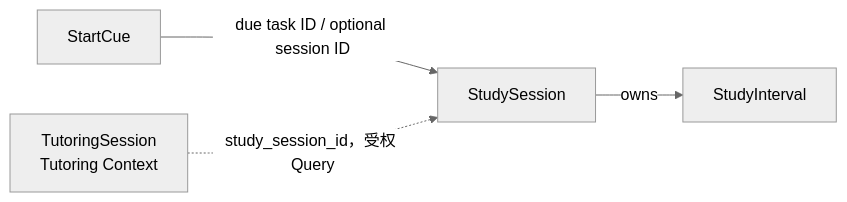
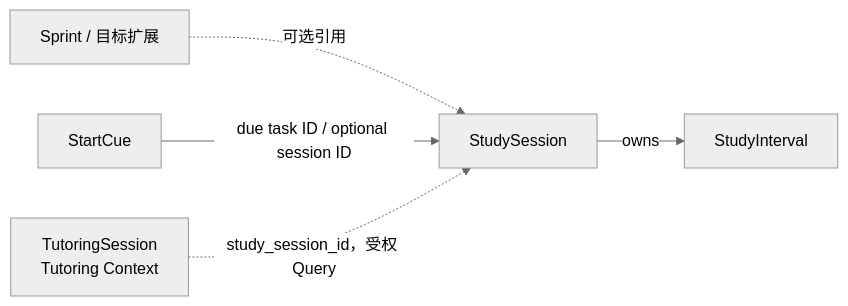
Before and after one commit to johanchow/duxue: the first of 10 diagrams in docs/technical/domain-study.md, drawn with Mermaid (neutral theme). The commit also changed other lines of this file and 14 other files, not shown here.

````diff
--- a/docs/technical/domain-study.md
+++ b/docs/technical/domain-study.md
@@ -46,10 +56,12 @@
 ```mermaid
 flowchart LR
     SS[StudySession]
     IV[StudyInterval]
     SC[StartCue]
     TS[TutoringSession<br/>Tutoring Context]
+    SP[Sprint / 目标扩展]
+    SP -.可选引用.-> SS
     SS -->|owns| IV
     SC -->|due task ID / optional session ID| SS
     TS -.->|study_session_id，受权 Query| SS
 ```
````
